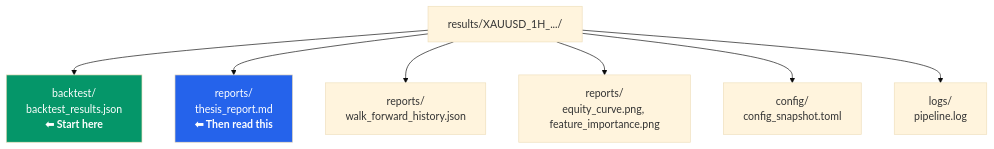
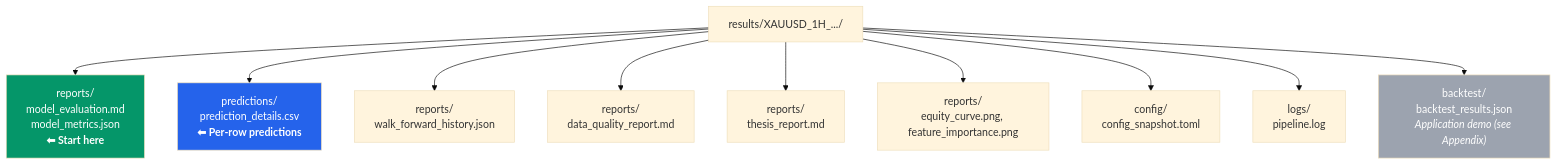
The first of 2 diagrams in docs/EVALUATION.md (ultimateBroK/thesis-hybrid-stacking), drawn with Mermaid (base theme) before and after one commit. The commit also changed other lines of this file and 20 other files, not shown here.

First line of the commit message:
feat: restructure evaluation to prioritize classification metrics and demote backtest to optional demo

````diff
--- a/docs/EVALUATION.md
+++ b/docs/EVALUATION.md
@@ -15,12 +15,16 @@
 ```mermaid
 flowchart TD
-    ROOT["results/XAUUSD_1H_.../"] --> BT["backtest/<br/>backtest_results.json<br/><b>⬅ Start here</b>"]
-    ROOT --> REP["reports/<br/>thesis_report.md<br/><b>⬅ Then read this</b>"]
-    ROOT --> RPT["reports/<br/>walk_forward_history.json"]
+    ROOT["results/XAUUSD_1H_.../"] --> MODEVAL["reports/<br/>model_evaluation.md<br/>model_metrics.json<br/><b>⬅ Start here</b>"]
+    ROOT --> PREDS["predictions/<br/>prediction_details.csv<br/><b>⬅ Per-row predictions</b>"]
+    ROOT --> WF["reports/<br/>walk_forward_history.json"]
+    ROOT --> DQ["reports/<br/>data_quality_report.md"]
+    ROOT --> REP["reports/<br/>thesis_report.md"]
     ROOT --> CHART["reports/<br/>equity_curve.png, feature_importance.png"]
     ROOT --> CFG["config/<br/>config_snapshot.toml"]
     ROOT --> LOG["logs/<br/>pipeline.log"]
+    ROOT --> BT["backtest/<br/>backtest_results.json<br/><i>Application demo (see Appendix)</i>"]
 
-    style BT fill:#059669,color:#fff
-    style REP fill:#2563EB,color:#fff
+    style MODEVAL fill:#059669,color:#fff
+    style PREDS fill:#2563EB,color:#fff
+    style BT fill:#9CA3AF,color:#fff
 ```
````
